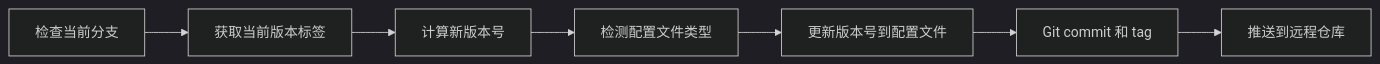
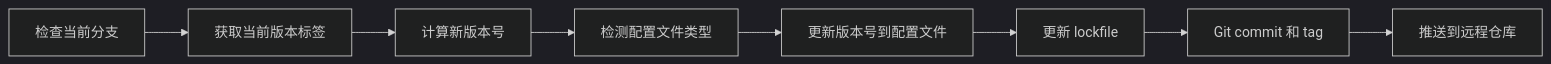
Before and after one commit to Jeanhwea/project-manager-app: the second of 9 diagrams in docs/architecture.md, drawn with Mermaid (dark theme). The commit also changed other lines of this file, not shown here.

````diff
--- a/docs/architecture.md
+++ b/docs/architecture.md
@@ -98,9 +97,10 @@
 ```mermaid
 flowchart LR
     A[检查当前分支] --> B[获取当前版本标签]
     B --> C[计算新版本号]
     C --> D[检测配置文件类型]
     D --> E[更新版本号到配置文件]
-    E --> F[Git commit 和 tag]
-    F --> G[推送到远程仓库]
+    E --> F[更新 lockfile]
+    F --> G[Git commit 和 tag]
+    G --> H[推送到远程仓库]
 ```
````
